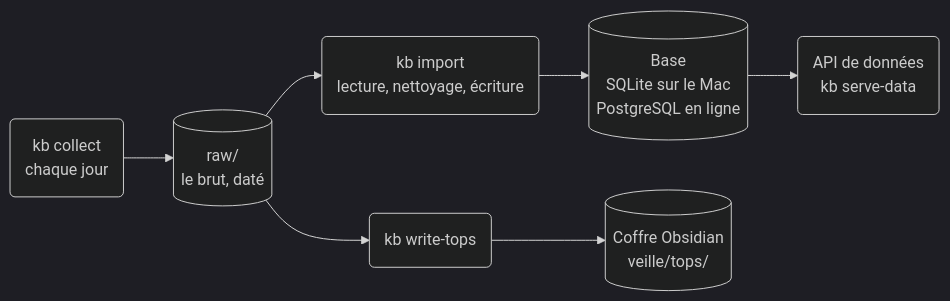
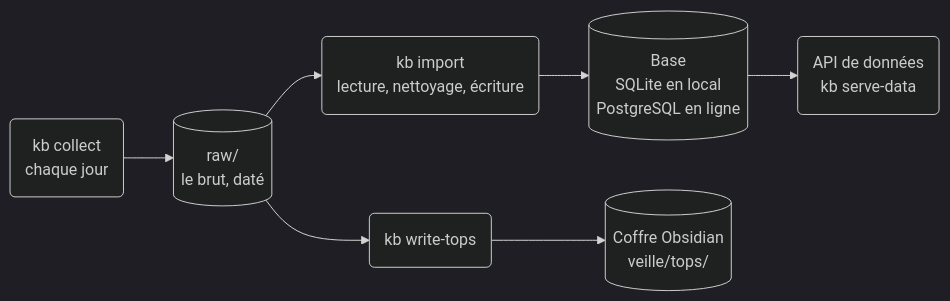
Before and after one commit to SabineLaurent/K-B: the first of 2 diagrams in documentation/import_et_base_pour_docu.md, drawn with Mermaid (dark theme). The commit also changed other lines of this file and 5 other files, not shown here.

Commit message:
docs: say in local and online instead of on the Mac in the site, and the workstation where the Mac was an actor, keeping macOS for Homebrew and the TLS trial (issue 684)

````diff
--- a/documentation/import_et_base_pour_docu.md
+++ b/documentation/import_et_base_pour_docu.md
@@ -64,14 +64,14 @@
 ```mermaid
 flowchart LR
     accTitle: Le chemin des données, de la collecte à la base et au coffre
-    accDescr: kb collect écrit chaque jour le brut daté dans raw. kb import lit ce brut, le nettoie et l'écrit dans la base, SQLite sur le Mac et PostgreSQL en ligne, que lit l'API de données lancée par kb serve-data. kb write-tops lit les classements dans raw et écrit leurs fiches dans le coffre Obsidian, sous veille/tops.
+    accDescr: kb collect écrit chaque jour le brut daté dans raw. kb import lit ce brut, le nettoie et l'écrit dans la base, SQLite en local et PostgreSQL en ligne, que lit l'API de données lancée par kb serve-data. kb write-tops lit les classements dans raw et écrit leurs fiches dans le coffre Obsidian, sous veille/tops.
     collect("kb collect<br>chaque jour")
     raw[("raw/<br>le brut, daté")]
     import("kb import<br>lecture, nettoyage, écriture")
-    base[("Base<br>SQLite sur le Mac<br>PostgreSQL en ligne")]
+    base[("Base<br>SQLite en local<br>PostgreSQL en ligne")]
     api("API de données<br>kb serve-data")
     tops("kb write-tops")
     vault[("Coffre Obsidian<br>veille/tops/")]
     collect --> raw --> import --> base --> api
     raw --> tops --> vault
 ```
````
